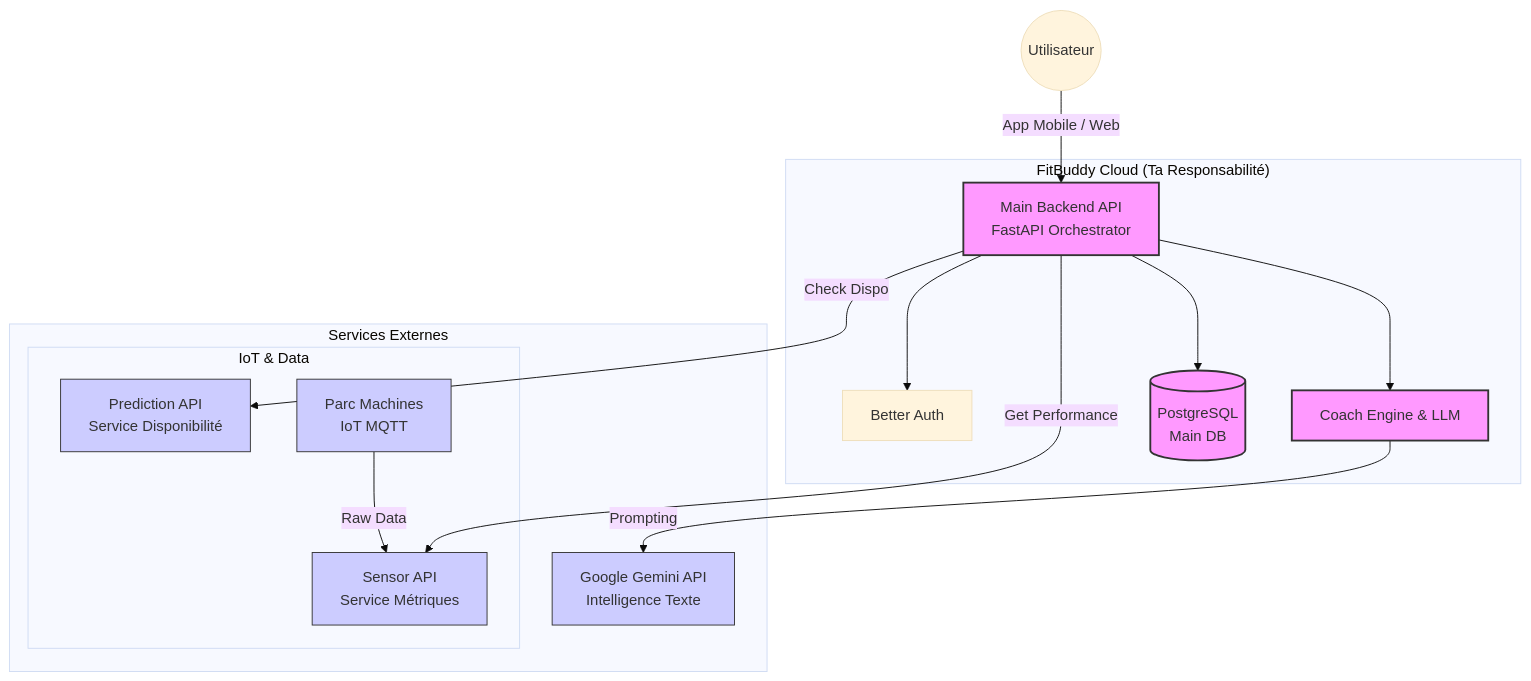
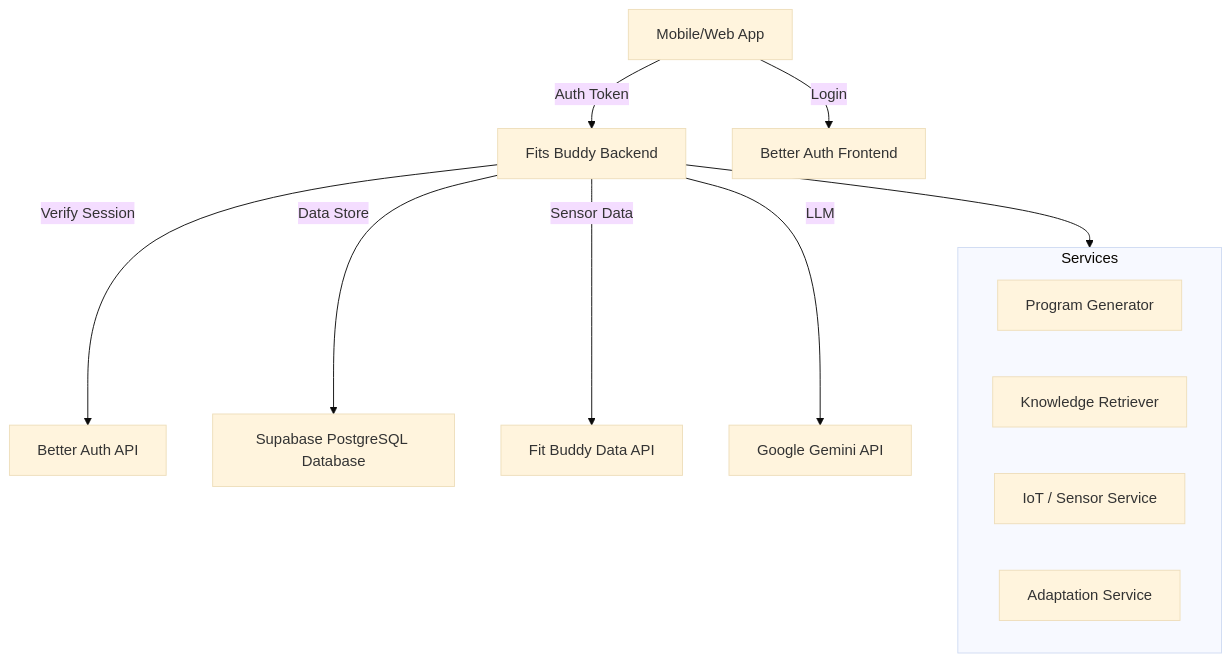
The first of 2 diagrams in README.md (lucasbarrez/fit-buddy-backend), drawn with Mermaid (base theme) before and after one commit. The commit also changed other lines of this file, not shown here.

Commit message:
doc: add documentation about the actual api version

````diff
--- a/README.md
+++ b/README.md
@@ -4,40 +10,19 @@
 ```mermaid
 graph TD
-    %% Clients
-    User((Utilisateur)) -->|App Mobile / Web| Gateway[Main Backend API<br/>FastAPI Orchestrator]
-
-    %% Main Backend
-    subgraph "FitBuddy Cloud (Ta Responsabilité)"
-        Gateway
-        Auth[Better Auth]
-        LLM_Engine[Coach Engine & LLM]
-        DB[(PostgreSQL<br/>Main DB)]
-        
-        Gateway --> Auth
-        Gateway --> LLM_Engine
-        Gateway --> DB
+    Client[Mobile/Web App] -->|Auth Token| Backend[Fits Buddy Backend]
+    Client -->|Login| BetterAuth[Better Auth Frontend]
+    
+    Backend -->|Verify Session| BetterAuthAPI[Better Auth API]
+    Backend -->|Data Store| Supabase[Supabase PostgreSQL Database]
+    Backend -->|Sensor Data| DataAPI[Fit Buddy Data API]
+    Backend -->|LLM| Gemini[Google Gemini API]
+    
+    subgraph Services
+        P_Gen[Program Generator]
+        RAG[Knowledge Retriever]
+        IoT[IoT / Sensor Service]
+        Adapt[Adaptation Service]
     end
-
-    %% External Services
-    subgraph "Services Externes"
-        Gemini[Google Gemini API<br/>Intelligence Texte]
-        
-        subgraph "IoT & Data"
-            PredictionAPI[Prediction API<br/>Service Disponibilité]
-            SensorAPI[Sensor API<br/>Service Métriques]
-            Machines[Parc Machines<br/>IoT MQTT]
-        end
-    end
-
-    %% Flux
-    LLM_Engine -->|Prompting| Gemini
-    Gateway -->|Check Dispo| PredictionAPI
-    Gateway -->|Get Performance| SensorAPI
-    Machines -->|Raw Data| SensorAPI
-
-    classDef main fill:#f9f,stroke:#333,stroke-width:2px;
-    classDef ext fill:#ccf,stroke:#333,stroke-width:1px;
-    class Gateway,DB,LLM_Engine main;
-    class Gemini,PredictionAPI,SensorAPI,Machines ext;
-
+    
+    Backend --> Services
 ```
````
